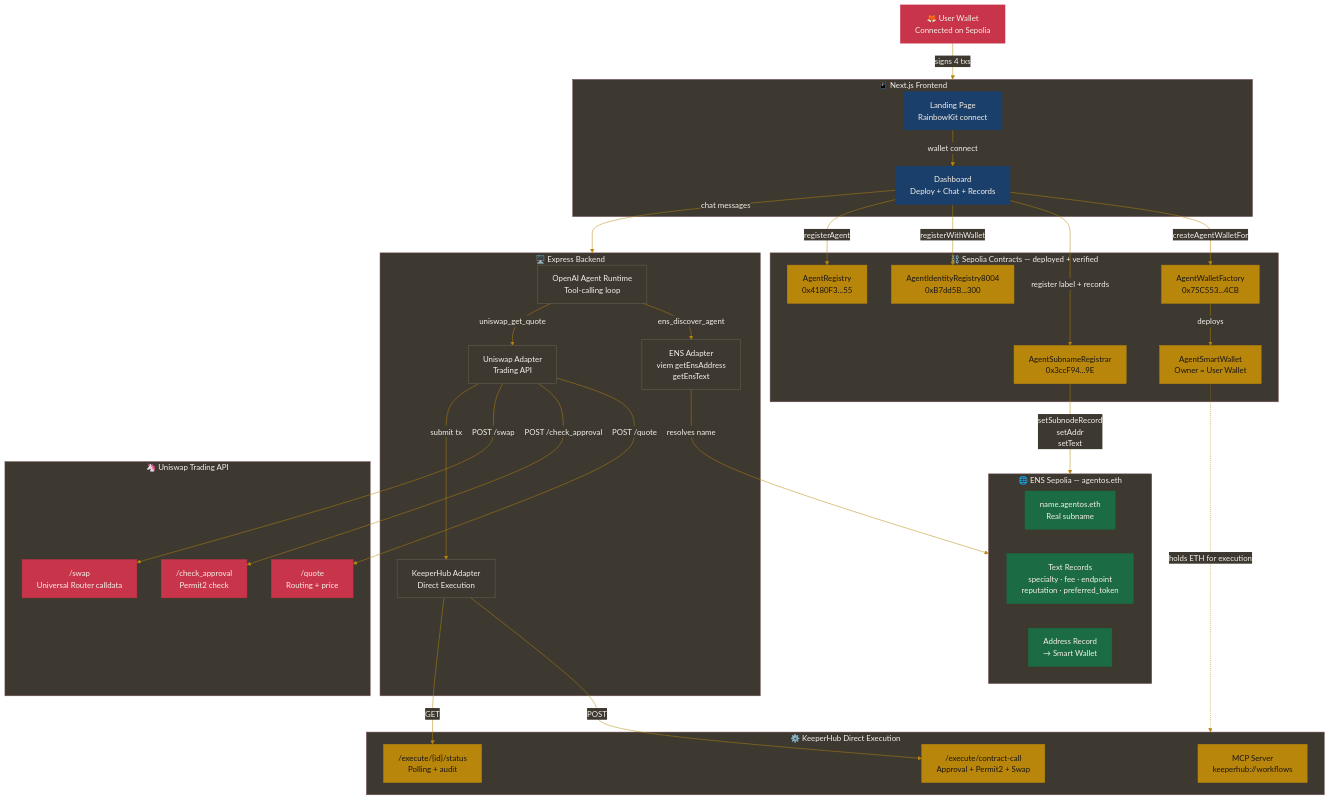
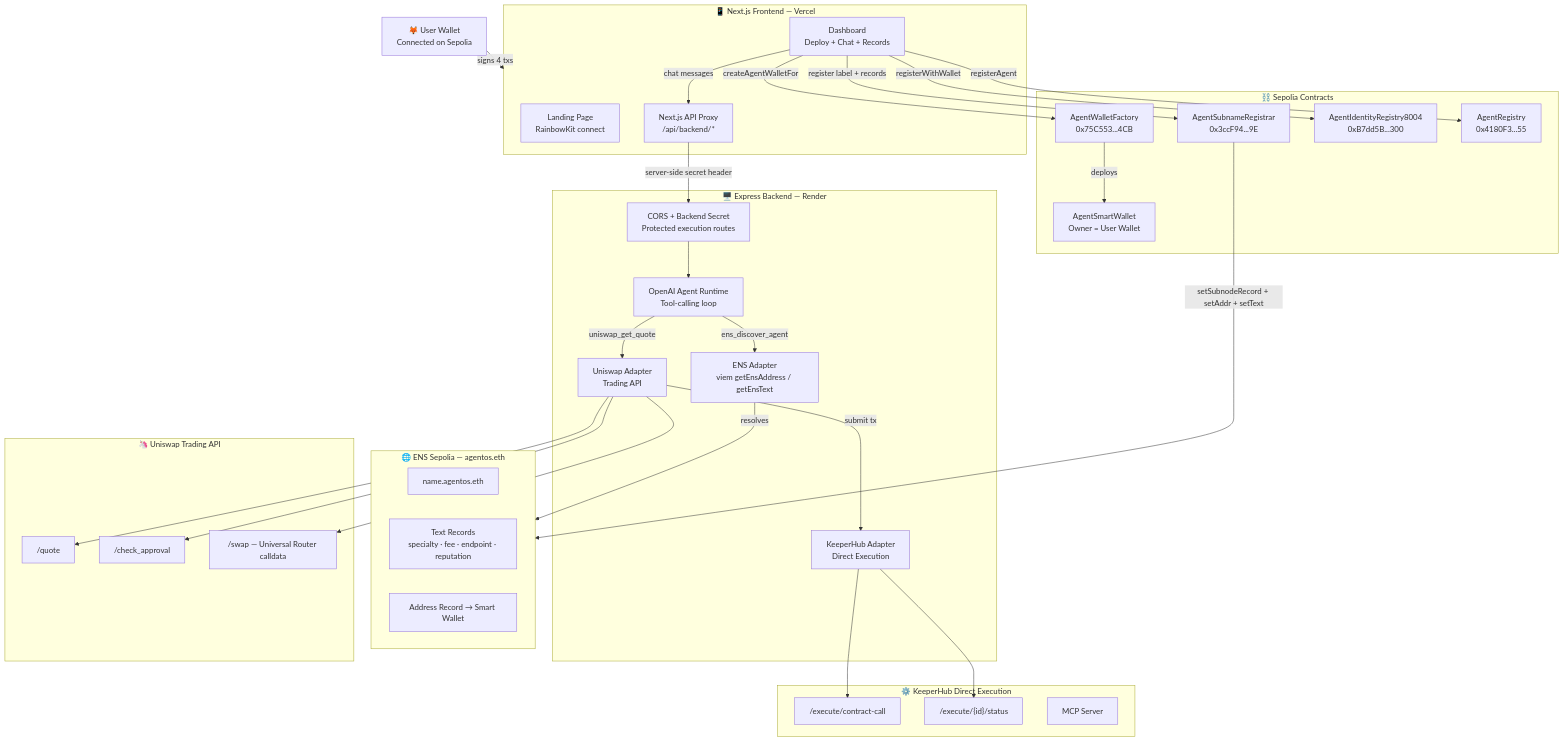
One commit to NikhilRaikwar/AgentOS changed the first of 4 diagrams in README.md. Above: the diagram before and after it, drawn with Mermaid. The commit also changed other lines of this file and 2 other files, not shown here.

````diff
--- a/README.md
+++ b/README.md
@@ -46,71 +76,61 @@
 ```mermaid
-%%{init: {'theme':'base','themeVariables':{'primaryColor':'#1B6B45','primaryTextColor':'#F5F0E8','primaryBorderColor':'#1B6B45','lineColor':'#B8860B','secondaryColor':'#1B3F6B','tertiaryColor':'#C8344A','background':'#1A1612','mainBkg':'#1A1612','nodeBorder':'#3D3830','clusterBkg':'#3D3830','titleColor':'#F5F0E8','edgeLabelBackground':'#3D3830','fontFamily':'monospace'}}}%%
 flowchart TD
-    UW["🦊 User Wallet\nConnected on Sepolia"]:::user
+    UW["🦊 User Wallet\nConnected on Sepolia"]
 
-    subgraph FRONTEND["📱 Next.js Frontend"]
-        LP["Landing Page\nRainbowKit connect"]:::fe
-        DB["Dashboard\nDeploy + Chat + Records"]:::fe
+    subgraph FRONTEND["📱 Next.js Frontend — Vercel"]
+        LP["Landing Page\nRainbowKit connect"]
+        DB["Dashboard\nDeploy + Chat + Records"]
+        PX["Next.js API Proxy\n/api/backend/*"]
     end
 
-    subgraph CONTRACTS["⛓️ Sepolia Contracts — deployed + verified"]
-        FAC["AgentWalletFactory\n0x75C553...4CB"]:::contract
-        REG["AgentSubnameRegistrar\n0x3ccF94...9E"]:::contract
-        ID["AgentIdentityRegistry8004\n0xB7dd5B...300"]:::contract
-        AR["AgentRegistry\n0x4180F3...55"]:::contract
-        SW["AgentSmartWallet\nOwner = User Wallet"]:::contract
+    subgraph CONTRACTS["⛓️ Sepolia Contracts"]
+        FAC["AgentWalletFactory\n0x75C553...4CB"]
+        REG["AgentSubnameRegistrar\n0x3ccF94...9E"]
+        ID["AgentIdentityRegistry8004\n0xB7dd5B...300"]
+        AR["AgentRegistry\n0x4180F3...55"]
+        SW["AgentSmartWallet\nOwner = User Wallet"]
     end
 
     subgraph ENS["🌐 ENS Sepolia — agentos.eth"]
-        SUB["name.agentos.eth\nReal subname"]:::ens
-        TXT["Text Records\nspecialty · fee · endpoint\nreputation · preferred_token"]:::ens
-        ADR["Address Record\n→ Smart Wallet"]:::ens
+        SUB["name.agentos.eth"]
+        TXT["Text Records\nspecialty · fee · endpoint · reputation"]
+        ADR["Address Record → Smart Wallet"]
     end
 
-    subgraph BACKEND["🖥️ Express Backend"]
-        OA["OpenAI Agent Runtime\nTool-calling loop"]:::be
-        ENSS["ENS Adapter\nviem getEnsAddress\ngetEnsText"]:::be
-        UNIS["Uniswap Adapter\nTrading API"]:::be
-        KHS["KeeperHub Adapter\nDirect Execution"]:::be
+    subgraph BACKEND["🖥️ Express Backend — Render"]
+        SEC["CORS + Backend Secret\nProtected execution routes"]
+        OA["OpenAI Agent Runtime\nTool-calling loop"]
+        ENSS["ENS Adapter\nviem getEnsAddress / getEnsText"]
+        UNIS["Uniswap Adapter\nTrading API"]
+        KHS["KeeperHub Adapter\nDirect Execution"]
     end
 
     subgraph UNISWAP["🦄 Uniswap Trading API"]
-        QT["/quote\nRouting + price"]:::uni
-        AP["/check_approval\nPermit2 check"]:::uni
-        SW2["/swap\nUniversal Router calldata"]:::uni
+        QT["/quote"]
+        AP["/check_approval"]
+        SW2["/swap — Universal Router calldata"]
     end
 
     subgraph KH["⚙️ KeeperHub Direct Execution"]
-        EX["/execute/contract-call\nApproval + Permit2 + Swap"]:::kh
-        ST["/execute/{id}/status\nPolling + audit"]:::kh
-        MCP["MCP Server\nkeeperhub://workflows"]:::kh
+        EX["/execute/contract-call"]
+        ST["/execute/{id}/status"]
+        MCP["MCP Server"]
     end
 
     UW -->|signs 4 txs| FRONTEND
-    LP -->|wallet connect| DB
     DB -->|createAgentWalletFor| FAC
     FAC -->|deploys| SW
     DB -->|register label + records| REG
-    REG -->|setSubnodeRecord\nsetAddr\nsetText| ENS
+    REG -->|setSubnodeRecord + setAddr + setText| ENS
     DB -->|registerWithWallet| ID
     DB -->|registerAgent| AR
-    DB -->|chat messages| BACKEND
+    DB -->|chat messages| PX
+    PX -->|server-side secret header| SEC
+    SEC --> OA
     OA -->|ens_discover_agent| ENSS
-    ENSS -->|resolves name| ENS
+    ENSS -->|resolves| ENS
     OA -->|uniswap_get_quote| UNIS
-    UNIS -->|POST /quote| QT
-    UNIS -->|POST /check_approval| AP
-    UNIS -->|POST /swap| SW2
+    UNIS --> QT & AP & SW2
     UNIS -->|submit tx| KHS
-    KHS -->|POST| EX
-    KHS -->|GET| ST
-    SW -.->|holds ETH for execution| KH
-
-    classDef user fill:#C8344A,color:#F5F0E8,stroke:#C8344A
-    classDef fe fill:#1B3F6B,color:#F5F0E8,stroke:#1B3F6B
-    classDef contract fill:#B8860B,color:#1A1612,stroke:#B8860B
-    classDef ens fill:#1B6B45,color:#F5F0E8,stroke:#1B6B45
-    classDef be fill:#3D3830,color:#F5F0E8,stroke:#6B6356
-    classDef uni fill:#C8344A,color:#F5F0E8,stroke:#C8344A
-    classDef kh fill:#B8860B,color:#1A1612,stroke:#B8860B
+    KHS --> EX & ST
 ```
````
